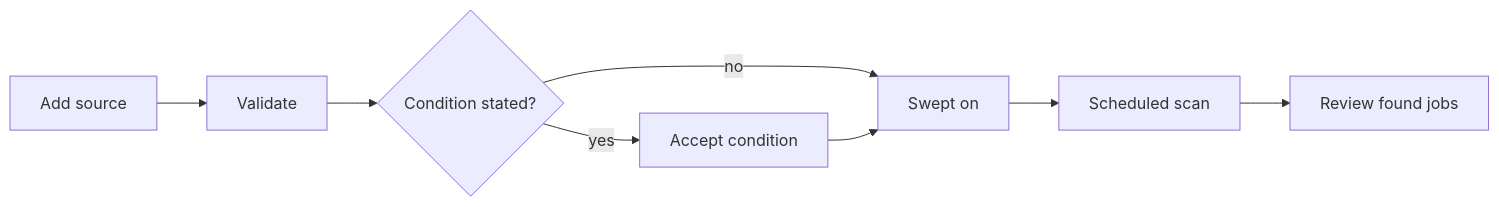
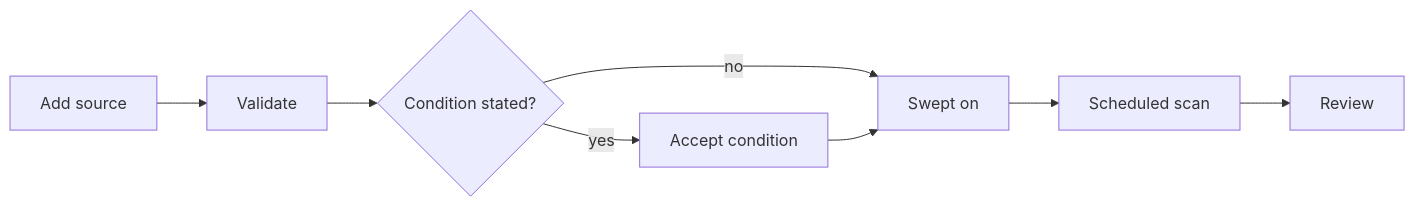
One commit to sethstraw/clearscout changed the diagram in docs/user-guide.md. Above: the diagram before and after it, drawn with Mermaid. The commit also changed other lines of this file and 36 other files, not shown here.

````diff
--- a/docs/user-guide.md
+++ b/docs/user-guide.md
@@ -515,10 +515,10 @@
 ```mermaid
 flowchart LR
     A[Add source] --> B[Validate]
     B --> C{Condition stated?}
     C -- yes --> D[Accept condition]
     C -- no --> E[Swept on]
     D --> E
     E --> F[Scheduled scan]
-    F --> G[Review found jobs]
+    F --> G[Review]
 ```
````
